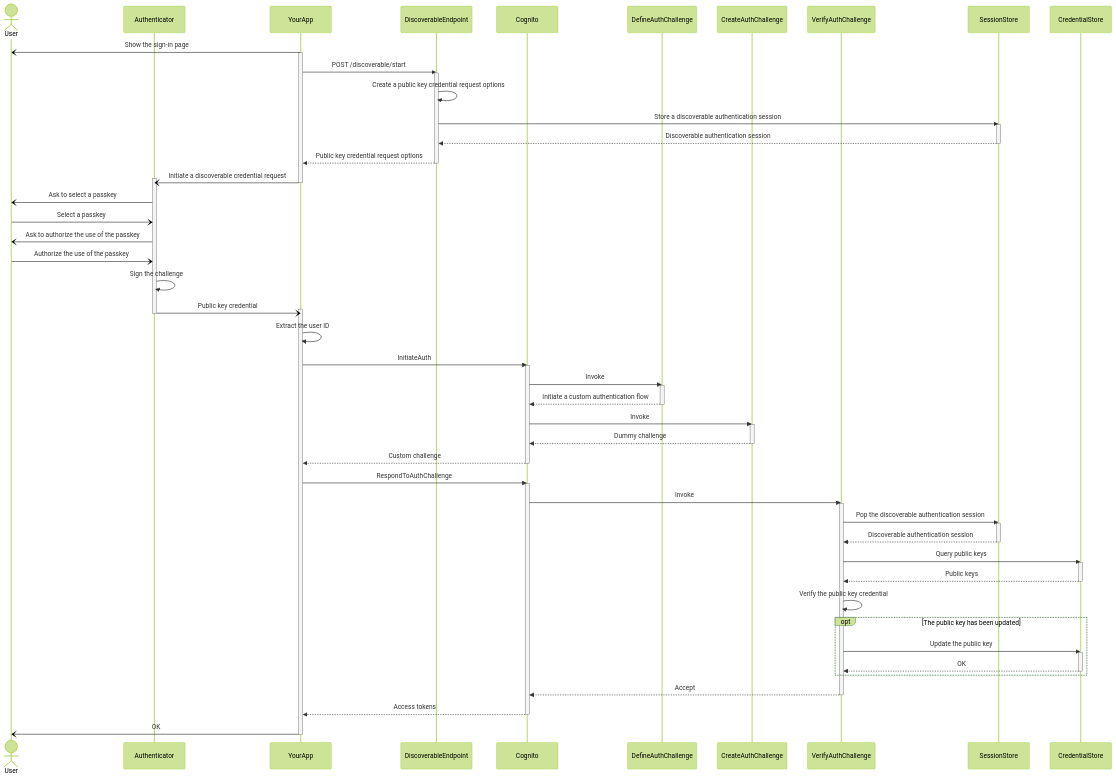
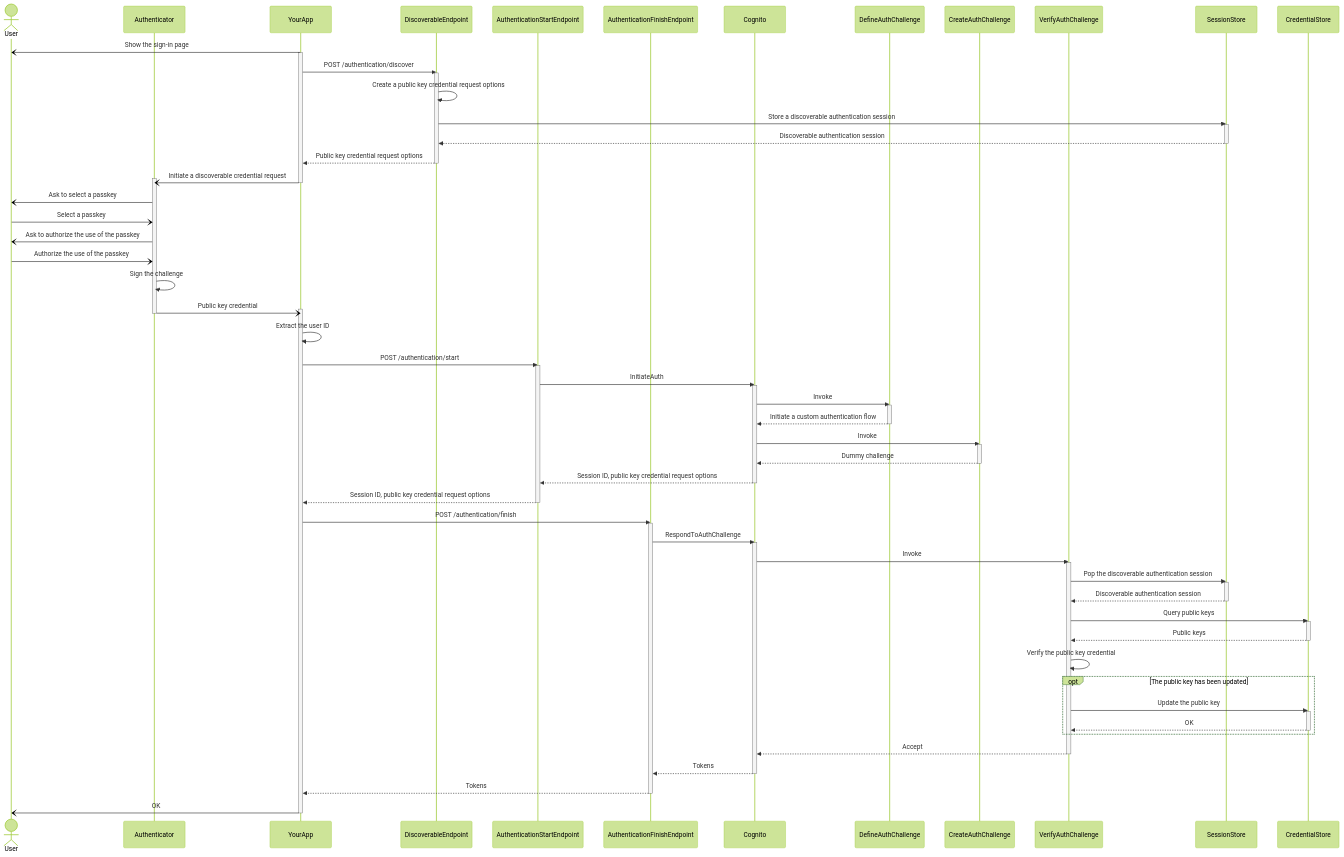
Before and after one commit to codemonger-io/passquito: the third of 4 diagrams in README.md, drawn with Mermaid (forest theme). The commit also changed other lines of this file, not shown here.

```diff
--- a/README.md
+++ b/README.md
@@ -256,6 +423,8 @@
     participant Authenticator
     participant YourApp
     participant DiscoverableEndpoint
+    participant AuthenticationStartEndpoint
+    participant AuthenticationFinishEndpoint
     participant Cognito
     participant DefineAuthChallenge
     participant CreateAuthChallenge
@@ -266,7 +435,7 @@
     YourApp-)User: Show the sign-in page
     activate YourApp
 
-    YourApp->>DiscoverableEndpoint: POST /discoverable/start
+    YourApp->>DiscoverableEndpoint: POST /authentication/discover
     activate DiscoverableEndpoint
     DiscoverableEndpoint->>DiscoverableEndpoint: Create a public key credential request options
     DiscoverableEndpoint->>SessionStore: Store a discoverable authentication session
@@ -290,7 +459,9 @@
     deactivate Authenticator
 
     YourApp->>YourApp: Extract the user ID
-    YourApp->>Cognito: InitiateAuth
+    YourApp->>AuthenticationStartEndpoint: POST /authentication/start
+    activate AuthenticationStartEndpoint
+    AuthenticationStartEndpoint->>Cognito: InitiateAuth
     activate Cognito
     Cognito->>DefineAuthChallenge: Invoke
     activate DefineAuthChallenge
@@ -300,10 +471,14 @@
     activate CreateAuthChallenge
     CreateAuthChallenge-->>Cognito: Dummy challenge
     deactivate CreateAuthChallenge
-    Cognito-->>YourApp: Custom challenge
+    Cognito-->>AuthenticationStartEndpoint: Session ID, public key credential request options
     deactivate Cognito
+    AuthenticationStartEndpoint-->>YourApp: Session ID, public key credential request options
+    deactivate AuthenticationStartEndpoint
 
-    YourApp->>Cognito: RespondToAuthChallenge
+    YourApp->>AuthenticationFinishEndpoint: POST /authentication/finish
+    activate AuthenticationFinishEndpoint
+    AuthenticationFinishEndpoint->>Cognito: RespondToAuthChallenge
     activate Cognito
     Cognito->>VerifyAuthChallenge: Invoke
     activate VerifyAuthChallenge
@@ -324,8 +499,10 @@
     end
     VerifyAuthChallenge-->>Cognito: Accept
     deactivate VerifyAuthChallenge
-    Cognito-->>YourApp: Access tokens
+    Cognito-->>AuthenticationFinishEndpoint: Tokens
     deactivate Cognito
+    AuthenticationFinishEndpoint-->>YourApp: Tokens
+    deactivate AuthenticationFinishEndpoint
 
     YourApp-)User: OK
     deactivate YourApp
```
